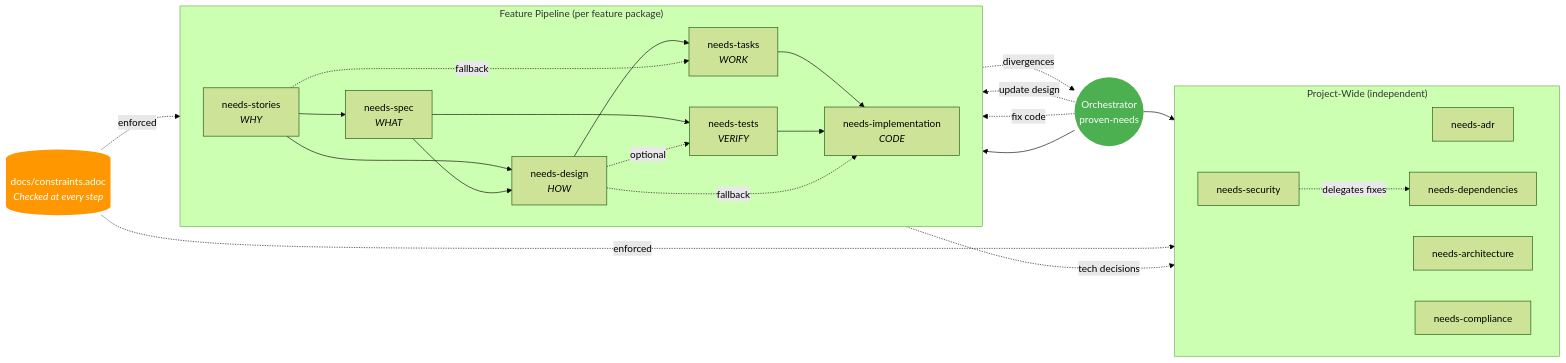
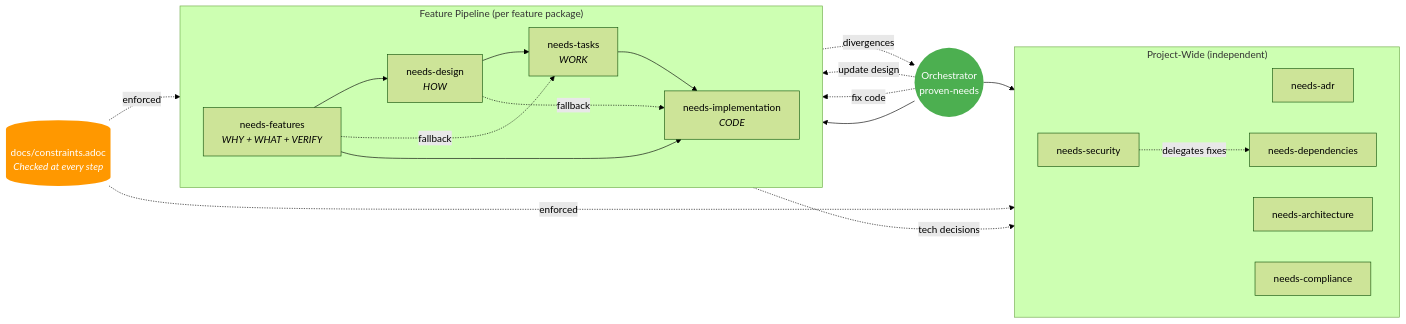
One commit to provenimpact/proven-needs changed the second of 6 diagrams in README.md. Above: the diagram before and after it, drawn with Mermaid (forest theme). The commit also changed other lines of this file and 18 other files, not shown here.

First line of the commit message:
feat!: replace stories, spec, and tests with unified Gherkin feature files

````diff
--- a/README.md
+++ b/README.md
@@ -54,47 +54,41 @@
 ```mermaid
 flowchart LR
     subgraph feature ["Feature Pipeline (per feature package)"]
         direction LR
-        STORIES["needs-stories<br/><i>WHY</i>"]
-        SPEC["needs-spec<br/><i>WHAT</i>"]
+        FEATURES["needs-features<br/><i>WHY + WHAT + VERIFY</i>"]
         DESIGN["needs-design<br/><i>HOW</i>"]
         TASKS["needs-tasks<br/><i>WORK</i>"]
-        TESTS["needs-tests<br/><i>VERIFY</i>"]
         IMPL["needs-implementation<br/><i>CODE</i>"]
 
-        STORIES --> SPEC
-        STORIES --> DESIGN
-        SPEC --> DESIGN
+        FEATURES --> DESIGN
         DESIGN --> TASKS
-        STORIES -.->|fallback| TASKS
-        SPEC --> TESTS
-        DESIGN -.->|optional| TESTS
+        FEATURES -.->|fallback| TASKS
         TASKS --> IMPL
-        TESTS --> IMPL
+        FEATURES --> IMPL
         DESIGN -.->|fallback| IMPL
     end
 
     subgraph project ["Project-Wide (independent)"]
         direction LR
         ADR["needs-adr"]
         ARCH["needs-architecture"]
         DEPS["needs-dependencies"]
         SEC["needs-security"]
         COMP["needs-compliance"]
     end
 
     INTENT((Orchestrator<br/>proven-needs)) --> feature
     INTENT --> project
 
     DESIGN -.->|tech decisions| ADR
     SEC -.->|delegates fixes| DEPS
     IMPL -.->|divergences| INTENT
     INTENT -.->|update design| DESIGN
     INTENT -.->|fix code| IMPL
 
     CONSTRAINTS[("docs/constraints.adoc<br/><i>Checked at every step</i>")] -.->|enforced| feature
     CONSTRAINTS -.->|enforced| project
 
     style INTENT fill:#4CAF50,color:#fff,stroke:none
     style CONSTRAINTS fill:#FF9800,color:#fff,stroke:none
 ```
````
